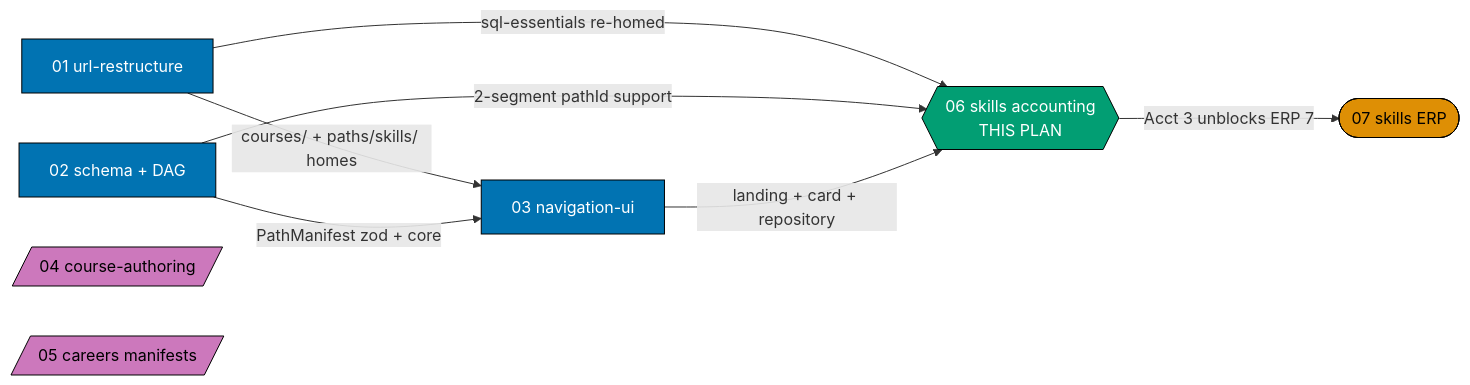
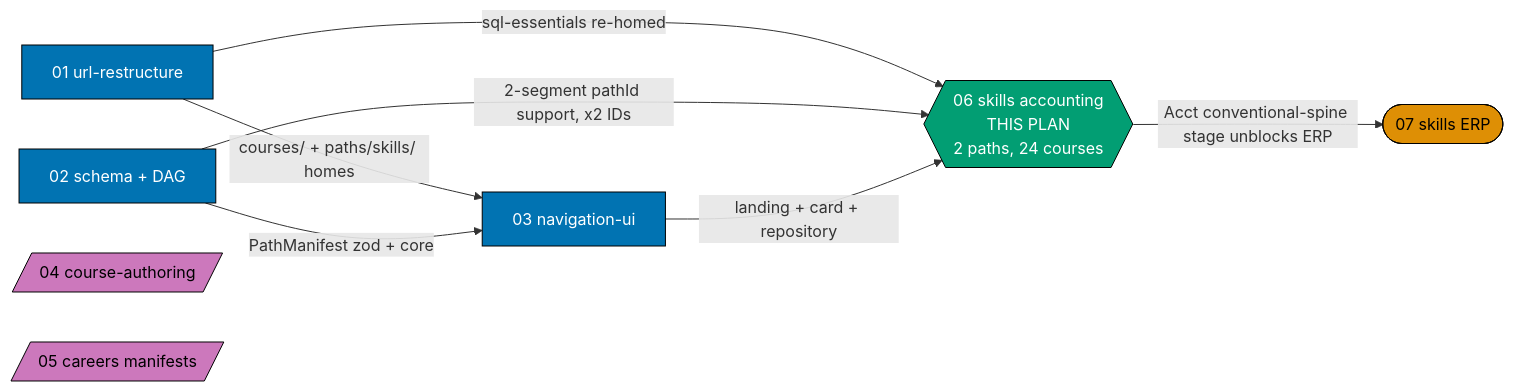
The first of 3 diagrams in plans/backlog/ayokoding-learning-path-06-skills-accounting/README.md (wahidyankf/baseerah), drawn with Mermaid before and after one commit. The commit also changed other lines of this file and 32 other files, not shown here.

First line of the commit message:
docs(plans): rewrite the accounting plan into two paths at build-founding depth

````diff
--- a/plans/backlog/ayokoding-learning-path-06-skills-accounting/README.md
+++ b/plans/backlog/ayokoding-learning-path-06-skills-accounting/README.md
@@ -101,26 +204,26 @@
 ```mermaid
-%% Dependency position of plan 06 in the six-plan programme.
+%% Dependency position of plan 06 in the seven-plan programme.
 %% Node SHAPE encodes role: rectangle = upstream dependency, hexagon = this plan,
 %% stadium = downstream consumer, parallelogram = concurrent sibling with no edge.
 %% Colours are redundant with shape and with the explicit edge labels.
 flowchart LR
     P1["01 url-restructure"]:::up
     P2["02 schema + DAG"]:::up
     P3["03 navigation-ui"]:::up
     P4[/"04 course-authoring"/]:::none
     P5[/"05 careers manifests"/]:::none
-    P6{{"06 skills accounting<br/>THIS PLAN"}}:::mine
+    P6{{"06 skills accounting<br/>THIS PLAN<br/>2 paths, 24 courses"}}:::mine
     P7(["07 skills ERP"]):::down
 
     P1 -->|"courses/ + paths/skills/ homes"| P3
     P2 -->|"PathManifest zod + core"| P3
     P1 -->|"sql-essentials re-homed"| P6
-    P2 -->|"2-segment pathId support"| P6
+    P2 -->|"2-segment pathId support, x2 IDs"| P6
     P3 -->|"landing + card + repository"| P6
-    P6 -->|"Acct 3 unblocks ERP 7"| P7
+    P6 -->|"Acct conventional-spine stage unblocks ERP"| P7
 
     classDef up fill:#0173B2,stroke:#000000,color:#FFFFFF
     classDef mine fill:#029E73,stroke:#000000,color:#FFFFFF
     classDef down fill:#DE8F05,stroke:#000000,color:#000000
     classDef none fill:#CC78BC,stroke:#000000,color:#000000
 ```
````
